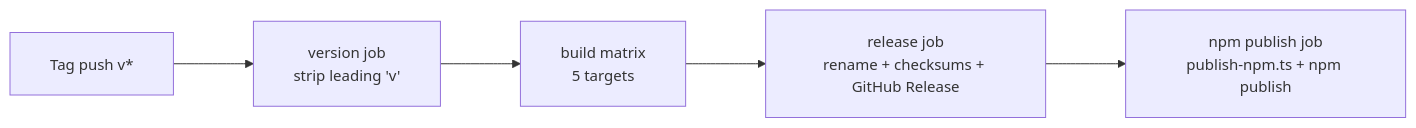
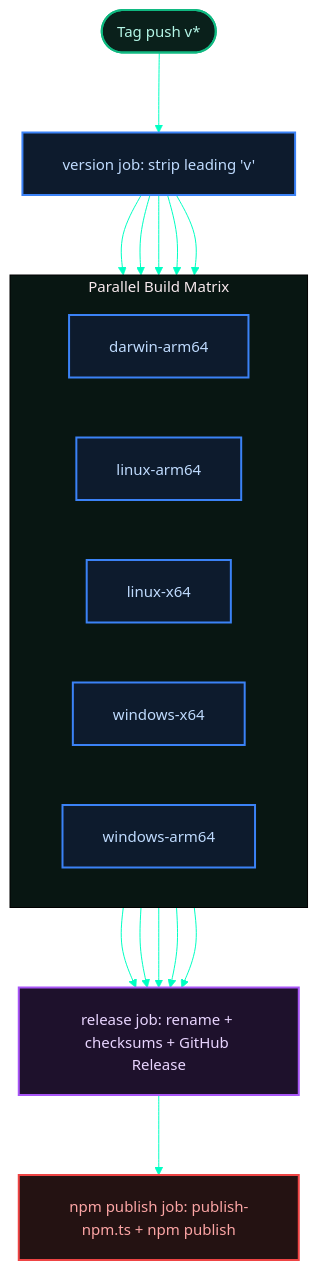
Before and after one commit to proxai/proxai_gateway: the second of 2 diagrams in docs/07-platform-and-deployment/7.4-ci-cd-pipeline.md, drawn with Mermaid. The commit also changed other lines of this file and 65 other files, not shown here.

````diff
--- a/docs/07-platform-and-deployment/7.4-ci-cd-pipeline.md
+++ b/docs/07-platform-and-deployment/7.4-ci-cd-pipeline.md
@@ -87,8 +114,45 @@
 ```mermaid
-%%{init: {'flowchart': {'useMaxWidth': false, 'htmlLabels': true, 'curve': 'basis', 'nodeSpacing': 60, 'rankSpacing': 80, 'padding': 20}, 'sequence': {'useMaxWidth': false, 'mirrorActors': false, 'actorMargin': 100, 'messageMargin': 50, 'boxMargin': 20, 'wrap': true}, 'stateDiagram': {'useMaxWidth': false, 'nodeSpacing': 60, 'rankSpacing': 80}, 'themeVariables': {'fontSize': '15px'}}}%%
-flowchart LR
-  trigger[Tag push v*] --> version[version job<br/>strip leading 'v']
-  version --> build[build matrix<br/>5 targets]
-  build --> release[release job<br/>rename + checksums + GitHub Release]
-  release --> npmpub[npm publish job<br/>publish-npm.ts + npm publish]
+%%{init: {'theme': 'base', 'flowchart': {'useMaxWidth': false, 'htmlLabels': true, 'curve': 'basis', 'nodeSpacing': 60, 'rankSpacing': 80, 'padding': 20}, 'themeVariables': {'background': '#081612', 'primaryColor': '#081612', 'primaryTextColor': '#e0fdf5', 'primaryBorderColor': '#00ffc3', 'lineColor': '#00ffc3', 'secondaryColor': '#0d2b22', 'tertiaryColor': '#081612', 'fontSize': '15px'}}}%%
+flowchart TD
+  trigger([Tag push v*]) --> version["version job: strip leading 'v'"]
+
+  subgraph BuildMatrix ["Parallel Build Matrix"]
+    direction LR
+    b1["darwin-arm64"]
+    b2["linux-arm64"]
+    b3["linux-x64"]
+    b4["windows-x64"]
+    b5["windows-arm64"]
+  end
+
+  version --> b1
+  version --> b2
+  version --> b3
+  version --> b4
+  version --> b5
+
+  b1 --> release["release job: rename + checksums + GitHub Release"]
+  b2 --> release
+  b3 --> release
+  b4 --> release
+  b5 --> release
+
+  release --> npmpub["npm publish job: publish-npm.ts + npm publish"]
+
+  classDef startNode fill:#0a201b,stroke:#10b981,stroke-width:2px,color:#b3f5e6;
+  classDef stopNode fill:#241212,stroke:#ef4444,stroke-width:2px,color:#fca5a5;
+  classDef decNode fill:#241c0e,stroke:#f59e0b,stroke-width:2px,color:#fde68a;
+  classDef processNode fill:#0d1b2d,stroke:#3b82f6,stroke-width:2px,color:#bfdbfe;
+  classDef actionNode fill:#1e112c,stroke:#a855f7,stroke-width:2px,color:#e9d5ff;
+  classDef default fill:#0a201b,stroke:#14b8a6,stroke-width:2px,color:#ccfbf1;
+
+  class trigger startNode;
+  class version processNode;
+  class b1 processNode;
+  class b2 processNode;
+  class b3 processNode;
+  class b4 processNode;
+  class b5 processNode;
+  class release actionNode;
+  class npmpub stopNode;
 ```
````
